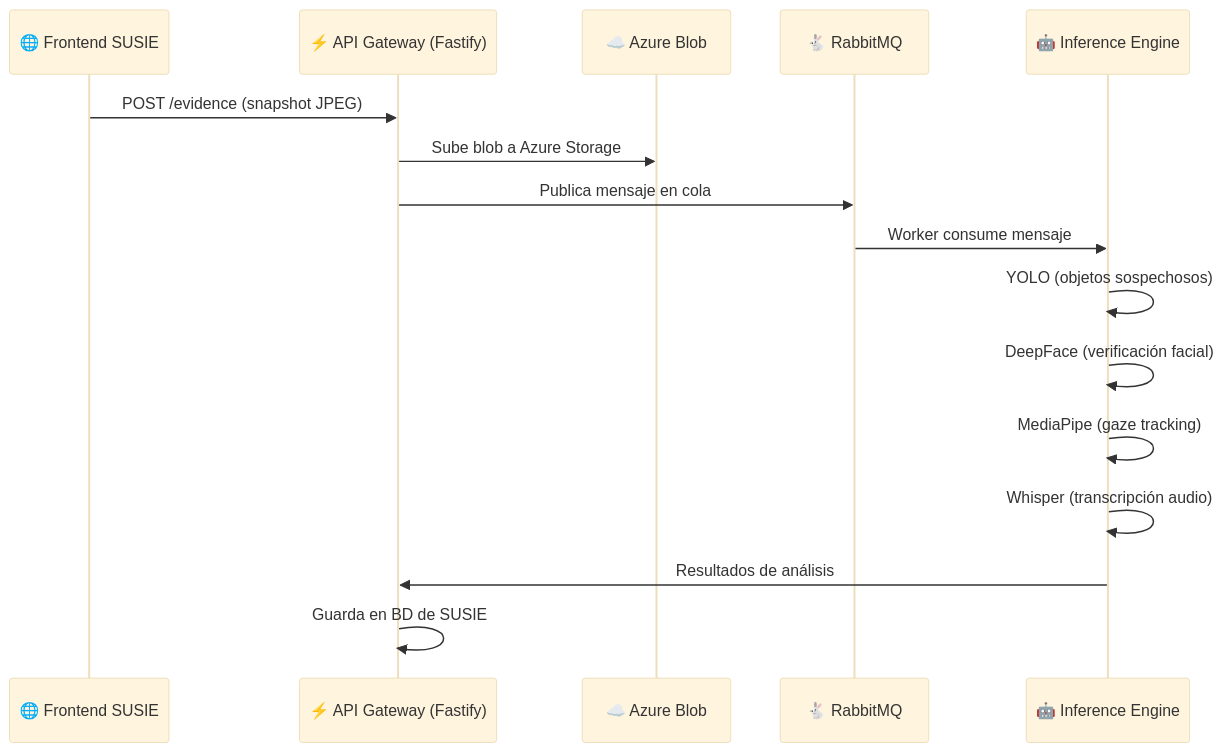
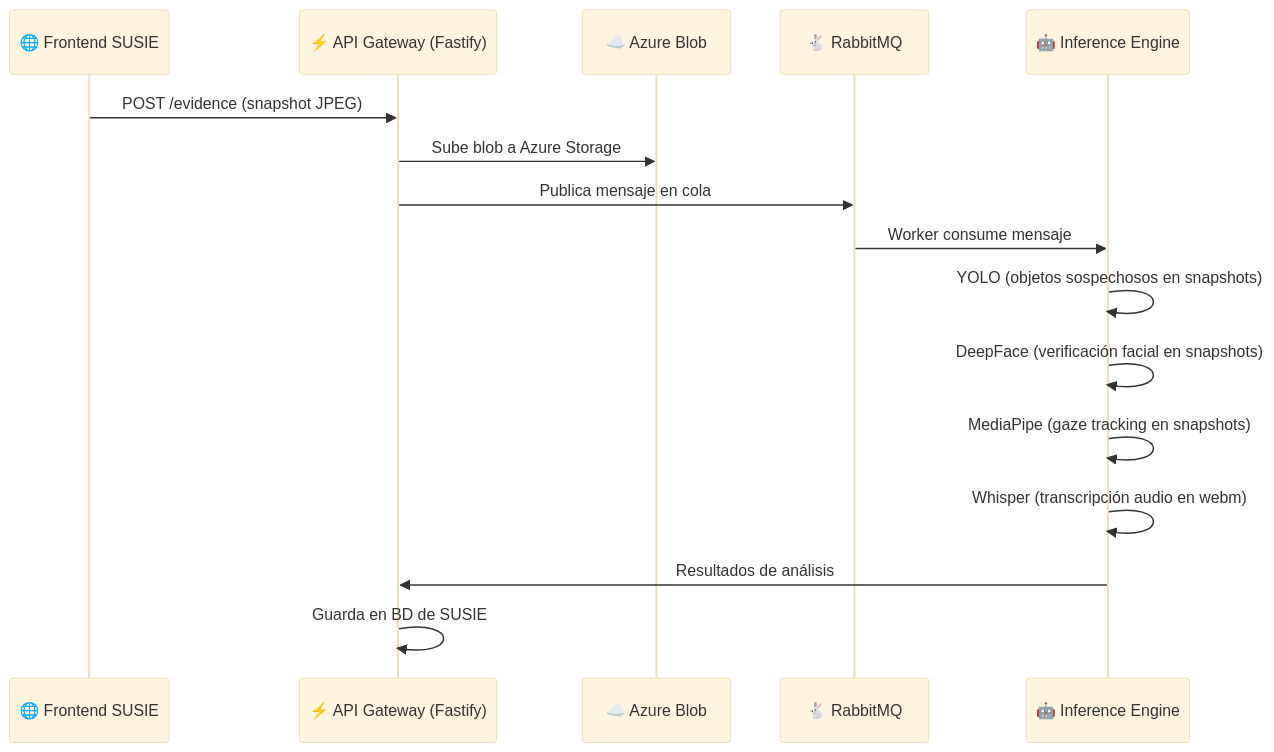
One commit to Yeyo-Dev/SUSIE changed the seventh of 12 diagrams in FLUJO_COMPLETO_SUSIE.md. Above: the diagram before and after it, drawn with Mermaid (base theme). The commit also changed other lines of this file and 10 other files, not shown here.

Commit message:
docs: Consolidate various architectural and flow documents into a unified `ARCHITECTURE_SUSIE.md` and update related integration and context files.

````diff
--- a/FLUJO_COMPLETO_SUSIE.md
+++ b/FLUJO_COMPLETO_SUSIE.md
@@ -207,21 +207,21 @@
 ```mermaid
 sequenceDiagram
     participant FE as 🌐 Frontend SUSIE
     participant GW as ⚡ API Gateway (Fastify)
     participant AZ as ☁️ Azure Blob
     participant RMQ as 🐇 RabbitMQ
     participant AI as 🤖 Inference Engine
 
     FE->>GW: POST /evidence (snapshot JPEG)
     GW->>AZ: Sube blob a Azure Storage
     GW->>RMQ: Publica mensaje en cola
     RMQ->>AI: Worker consume mensaje
 
-    AI->>AI: YOLO (objetos sospechosos)
-    AI->>AI: DeepFace (verificación facial)
-    AI->>AI: MediaPipe (gaze tracking)
-    AI->>AI: Whisper (transcripción audio)
+    AI->>AI: YOLO (objetos sospechosos en snapshots)
+    AI->>AI: DeepFace (verificación facial en snapshots)
+    AI->>AI: MediaPipe (gaze tracking en snapshots)
+    AI->>AI: Whisper (transcripción audio en webm)
 
     AI->>GW: Resultados de análisis
     GW->>GW: Guarda en BD de SUSIE
 ```
````
